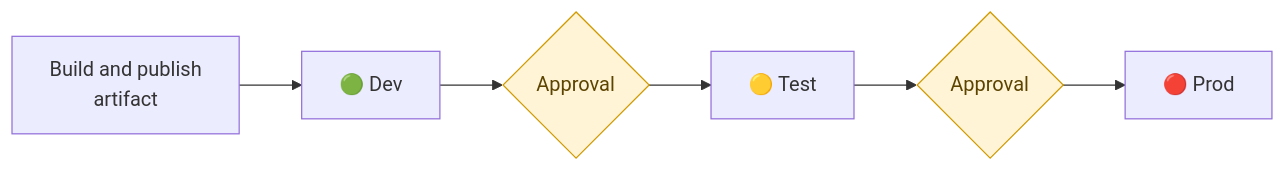
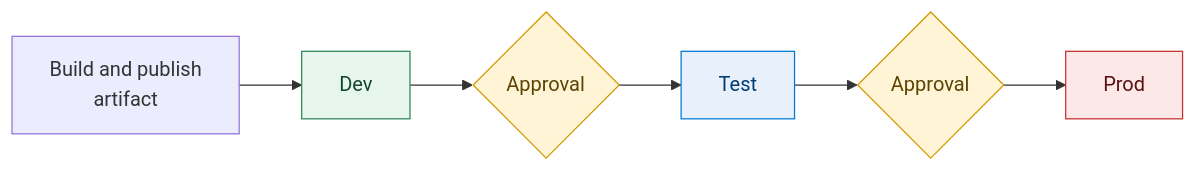
Before and after one commit to aniket-devop/azure-landing-zone-devsecops: the fourth of 5 diagrams in README.md, drawn with Mermaid. The commit also changed other lines of this file, not shown here.

````diff
--- a/README.md
+++ b/README.md
@@ -317,11 +319,17 @@
 ```mermaid
 flowchart LR
-    Build[Build and publish<br/>artifact] --> Dev[🟢 Dev]
+    Build[Build and publish<br/>artifact] --> Dev[Dev]
     Dev --> G1{Approval}
-    G1 --> Test[🟡 Test]
+    G1 --> Test[Test]
     Test --> G2{Approval}
-    G2 --> Prod[🔴 Prod]
+    G2 --> Prod[Prod]
 
     classDef gate fill:#fff4d6,stroke:#d19a00,color:#5c4300;
+    classDef dev fill:#e6f6ec,stroke:#2f855a,color:#14452f;
+    classDef test fill:#e8f1fb,stroke:#0078D4,color:#003a70;
+    classDef prod fill:#fde8e8,stroke:#c53030,color:#5a1313;
     class G1,G2 gate;
+    class Dev dev;
+    class Test test;
+    class Prod prod;
 ```
````
